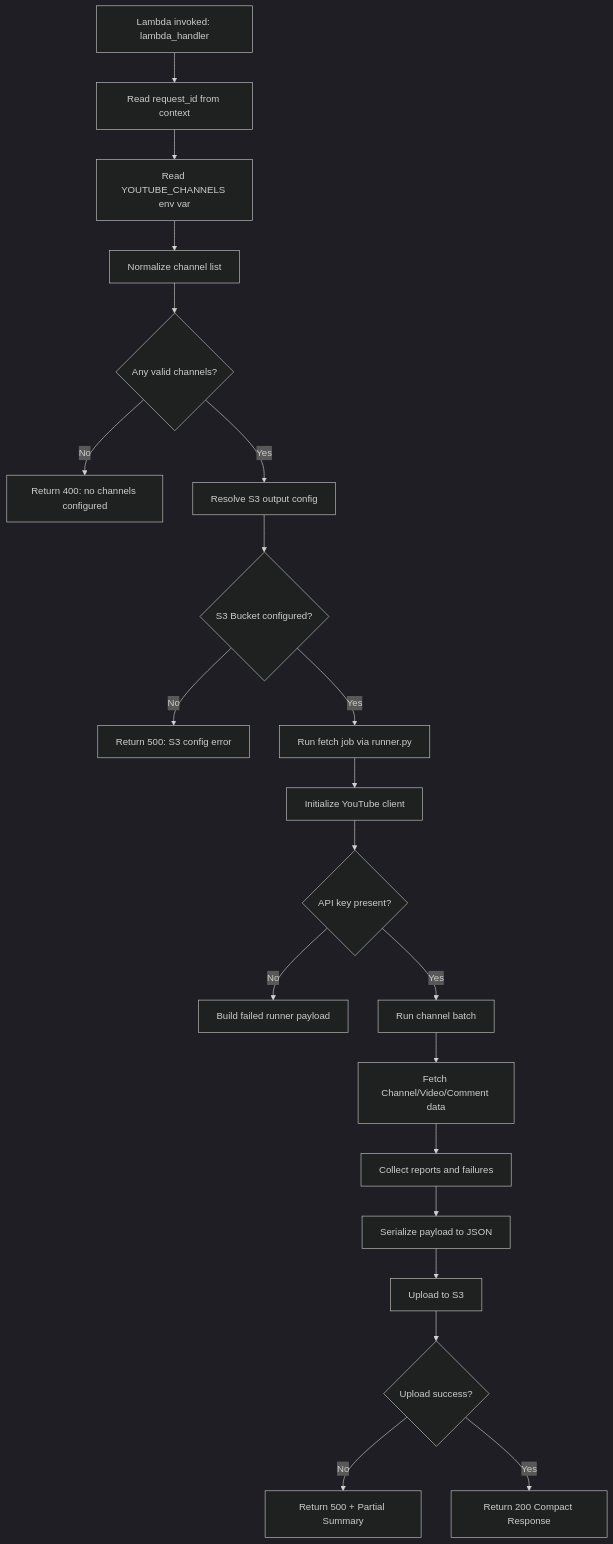
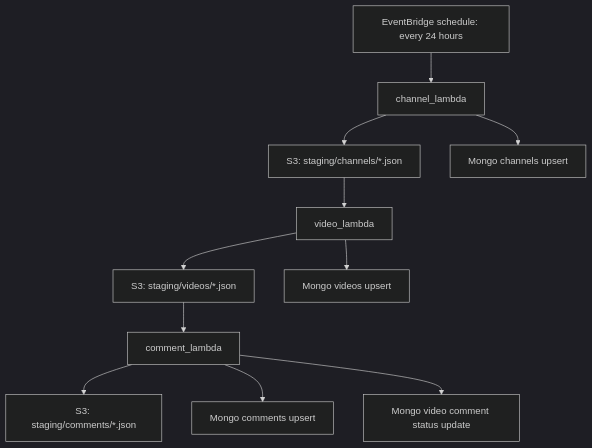
Before and after one commit to kaushalkrishna2000/youtube-bot-analytics: the diagram in README.md, drawn with Mermaid (dark theme). The commit also changed other lines of this file and 93 other files, not shown here.

Commit message:
Remove entire core, domain, logic, and service layers along with related components to finalize the transition to a streamlined Lambda-only architecture.

````diff
--- a/README.md
+++ b/README.md
@@ -52,26 +13,14 @@
 ```mermaid
 flowchart TD
-    A["Lambda invoked: lambda_handler"] --> B["Read request_id from context"]
-    B --> E["Read YOUTUBE_CHANNELS env var"]
-    E --> F["Normalize channel list"]
-    F --> G{"Any valid channels?"}
-    G -- "No" --> H["Return 400: no channels configured"]
+    A["EventBridge schedule: every 24 hours"] --> B["channel_lambda"]
+    B --> C["S3: staging/channels/*.json"]
+    C --> D["video_lambda"]
+    D --> E["S3: staging/videos/*.json"]
+    E --> F["comment_lambda"]
+    F --> G["S3: staging/comments/*.json"]
 
-    G -- "Yes" --> I["Resolve S3 output config"]
-    I --> J{"S3 Bucket configured?"}
-    J -- "No" --> K["Return 500: S3 config error"]
-    J -- "Yes" --> L["Run fetch job via runner.py"]
-
-    L --> M["Initialize YouTube client"]
-    M --> N{"API key present?"}
-    N -- "No" --> O["Build failed runner payload"]
-    N -- "Yes" --> P["Run channel batch"]
-
-    P --> Q["Fetch Channel/Video/Comment data"]
-    Q --> R["Collect reports and failures"]
-    R --> S["Serialize payload to JSON"]
-    S --> T["Upload to S3"]
-    T --> U{"Upload success?"}
-    U -- "No" --> V["Return 500 + Partial Summary"]
-    U -- "Yes" --> W["Return 200 Compact Response"]
+    B --> H["Mongo channels upsert"]
+    D --> I["Mongo videos upsert"]
+    F --> J["Mongo comments upsert"]
+    F --> K["Mongo video comment status update"]
 ```
````
